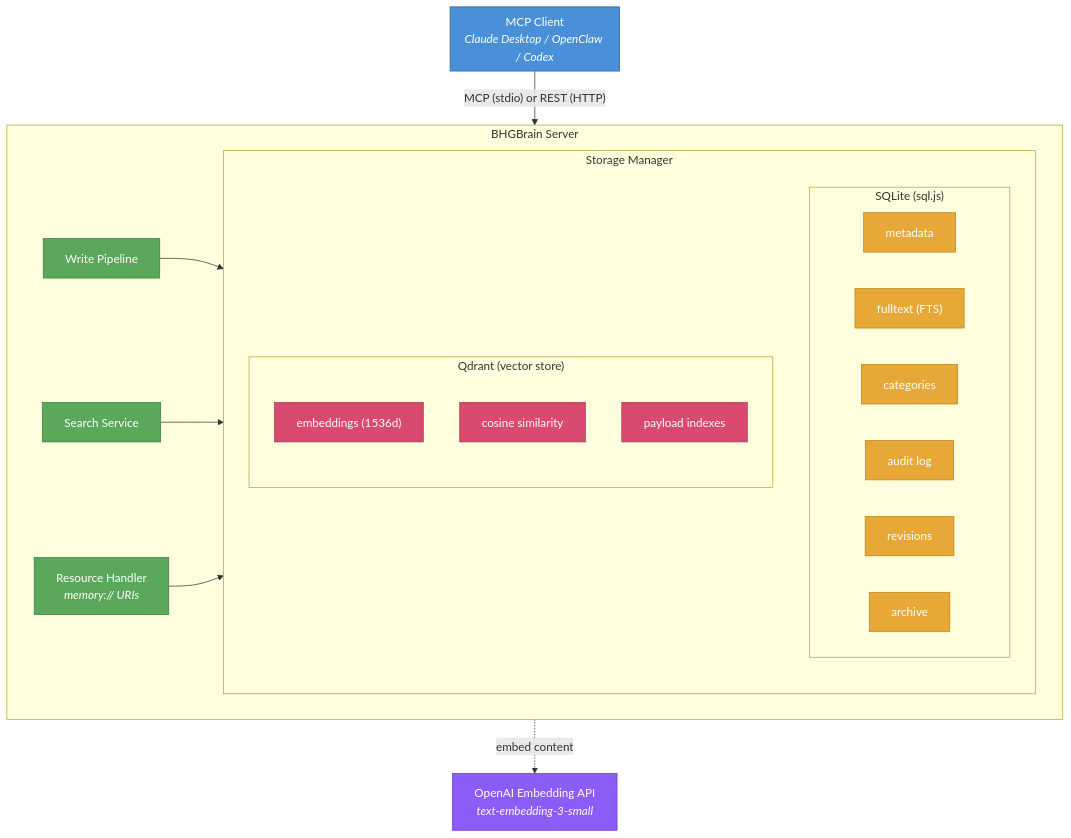
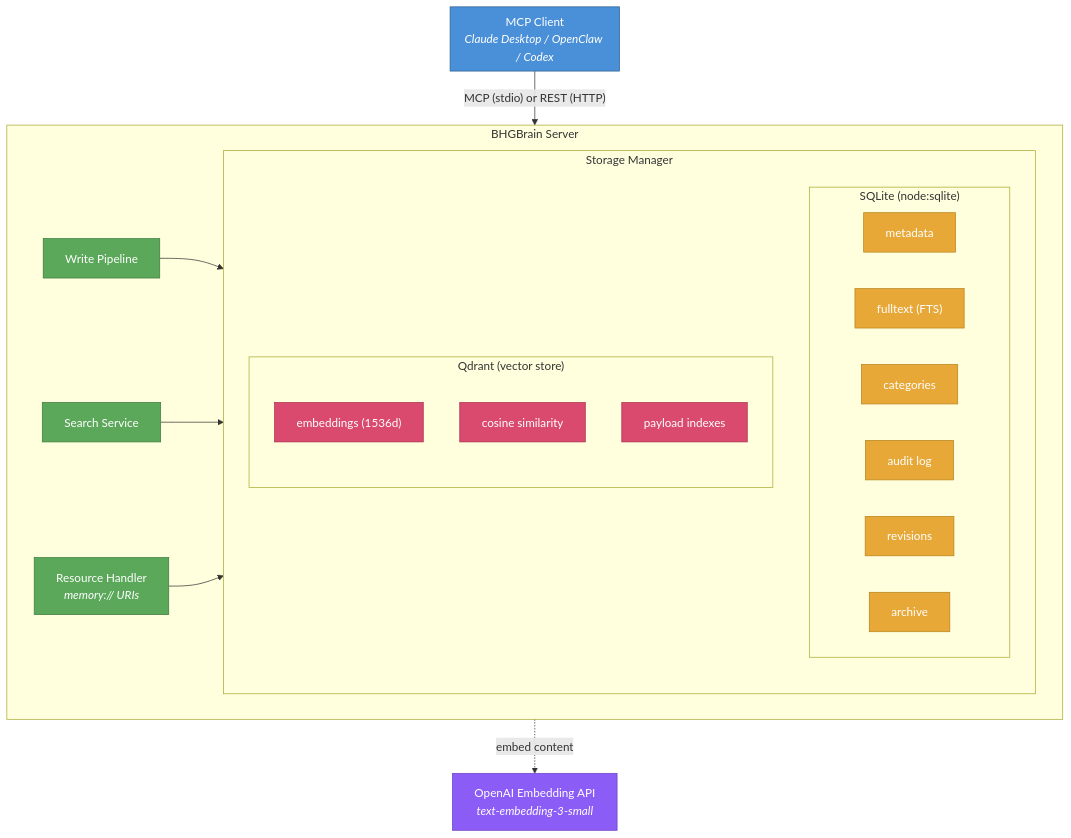
The first of 8 diagrams in README.de.md (Big-Hat-Group-Inc/BHGBrain), drawn with Mermaid before and after one commit. The commit also changed other lines of this file and 19 other files, not shown here.

````diff
--- a/README.de.md
+++ b/README.de.md
@@ -67,48 +67,48 @@
 ```mermaid
 graph TD
     subgraph Client["MCP Client<br/><i>Claude Desktop / OpenClaw / Codex</i>"]
     end
 
     Client -->|"MCP (stdio) or REST (HTTP)"| Server
 
     subgraph Server["BHGBrain Server"]
         WP["Write Pipeline"]
         SS["Search Service"]
         RH["Resource Handler<br/><i>memory:// URIs</i>"]
 
         subgraph Storage["Storage Manager"]
-            subgraph SQLite["SQLite (sql.js)"]
+            subgraph SQLite["SQLite (node:sqlite)"]
                 S1["metadata"]
                 S2["fulltext (FTS)"]
                 S3["categories"]
                 S4["audit log"]
                 S5["revisions"]
                 S6["archive"]
             end
             subgraph Qdrant["Qdrant (vector store)"]
                 Q1["embeddings (1536d)"]
                 Q2["cosine similarity"]
                 Q3["payload indexes"]
             end
         end
 
         WP --> Storage
         SS --> Storage
         RH --> Storage
     end
 
     Server -.->|"embed content"| OpenAI["OpenAI Embedding API<br/><i>text-embedding-3-small</i>"]
 
     classDef client fill:#4a90d9,stroke:#2c5f8a,color:#fff
     classDef server fill:#f0f4f8,stroke:#4a90d9,color:#333
     classDef component fill:#5ba85b,stroke:#3d7a3d,color:#fff
     classDef sqlite fill:#e8a838,stroke:#b8841c,color:#fff
     classDef qdrant fill:#d94a6e,stroke:#a83050,color:#fff
     classDef external fill:#8b5cf6,stroke:#6d3fc4,color:#fff
 
     class Client client
     class WP,SS,RH component
     class S1,S2,S3,S4,S5,S6 sqlite
     class Q1,Q2,Q3 qdrant
     class OpenAI external
 ```
````
